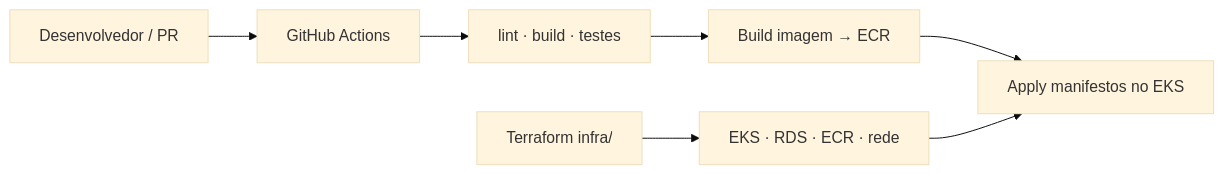
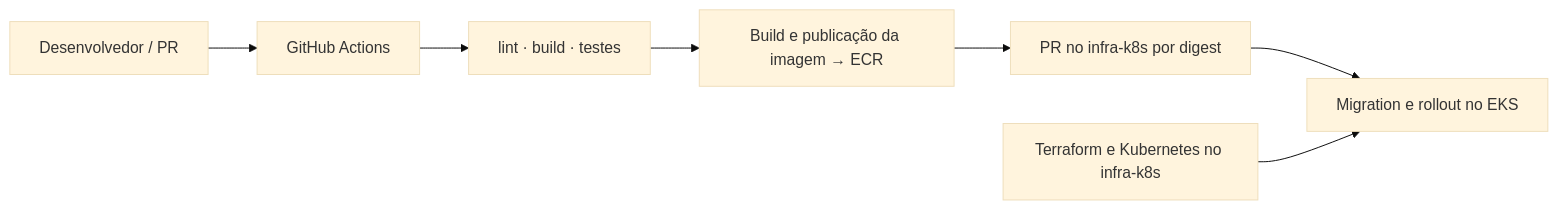
One commit to 32SOAT/oficina-mecanica-api changed the second of 2 diagrams in docs/deployment/README.md. Above: the diagram before and after it, drawn with Mermaid (base theme). The commit also changed other lines of this file and 8 other files, not shown here.

````diff
--- a/docs/deployment/README.md
+++ b/docs/deployment/README.md
@@ -78,9 +84,9 @@
 ```mermaid
 flowchart LR
   Dev[Desenvolvedor / PR] --> GHA[GitHub Actions]
   GHA --> Test[lint · build · testes]
-  Test --> Img[Build imagem → ECR]
-  Img --> K8s[Apply manifestos no EKS]
-  TF[Terraform infra/] --> AWS[EKS · RDS · ECR · rede]
-  AWS --> K8s
+  Test --> Img[Build e publicação da imagem → ECR]
+  Img --> Handoff[PR no infra-k8s por digest]
+  Handoff --> K8s[Migration e rollout no EKS]
+  Platform[Terraform e Kubernetes no infra-k8s] --> K8s
 ```
````
